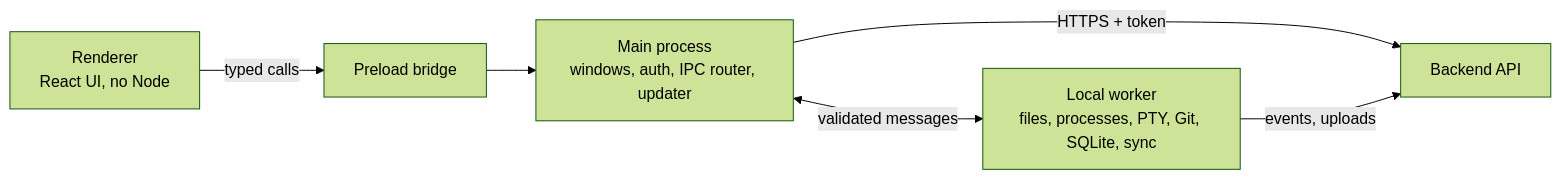
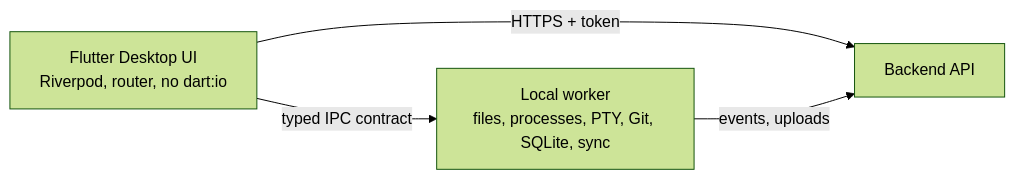
Before and after one commit to Error404NotFoundSoftwareSolutions/DevSphere: the diagram in docs/ARCHITECTURE.md, drawn with Mermaid (forest theme). The commit also changed other lines of this file and 340 other files, not shown here.

First line of the commit message:
Migrate desktop app from Electron to Flutter and Melos workspace (ADR-003)

````diff
--- a/docs/ARCHITECTURE.md
+++ b/docs/ARCHITECTURE.md
@@ -7,8 +7,6 @@
 ```mermaid
 flowchart LR
-  UI[Renderer<br/>React UI, no Node] -->|typed calls| PRE[Preload bridge]
-  PRE --> MAIN[Main process<br/>windows, auth, IPC router, updater]
-  MAIN <-->|validated messages| WORKER[Local worker<br/>files, processes, PTY, Git, SQLite, sync]
-  MAIN -->|HTTPS + token| API[Backend API]
+  UI[Flutter Desktop UI<br/>Riverpod, router, no dart:io] -->|typed IPC contract| WORKER[Local worker<br/>files, processes, PTY, Git, SQLite, sync]
+  UI -->|HTTPS + token| API[Backend API]
   WORKER -->|events, uploads| API
 ```
````
